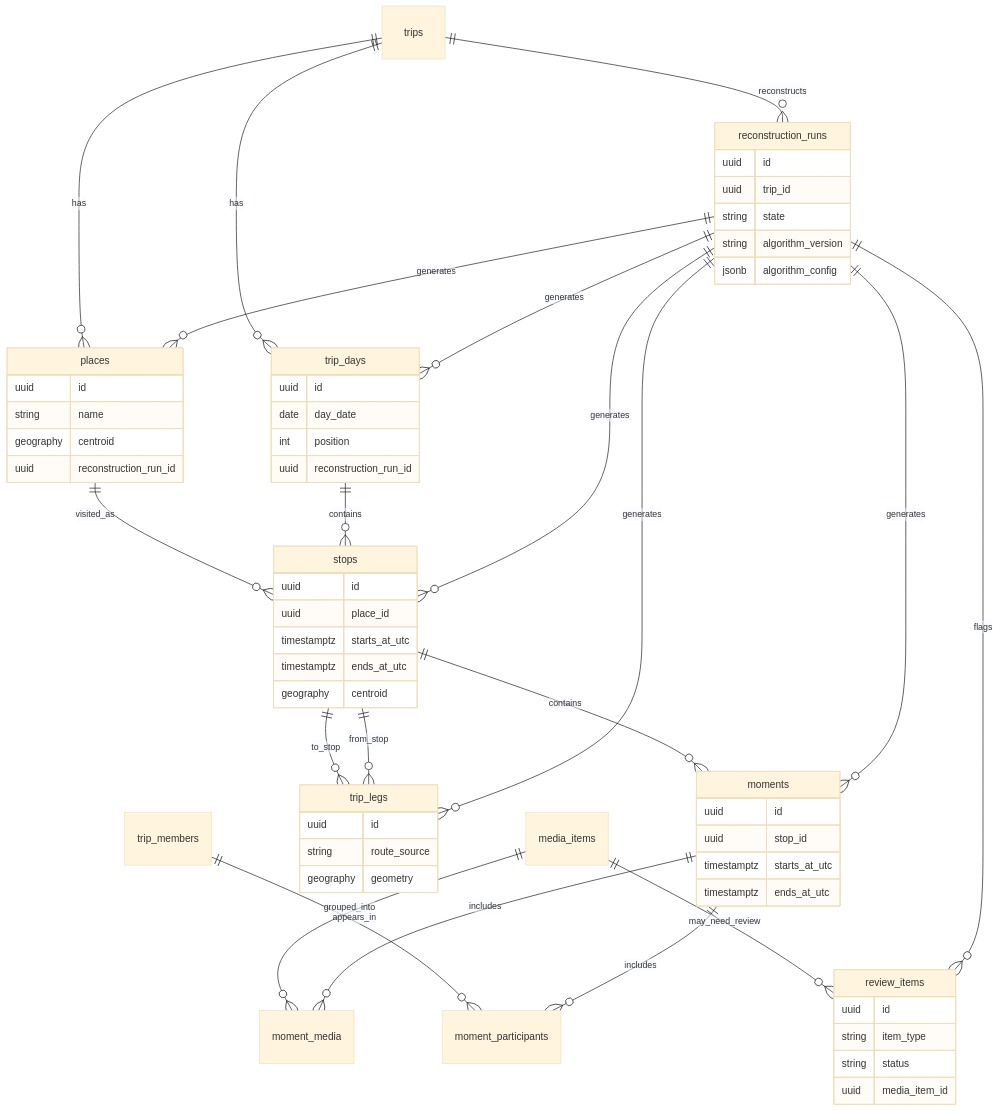
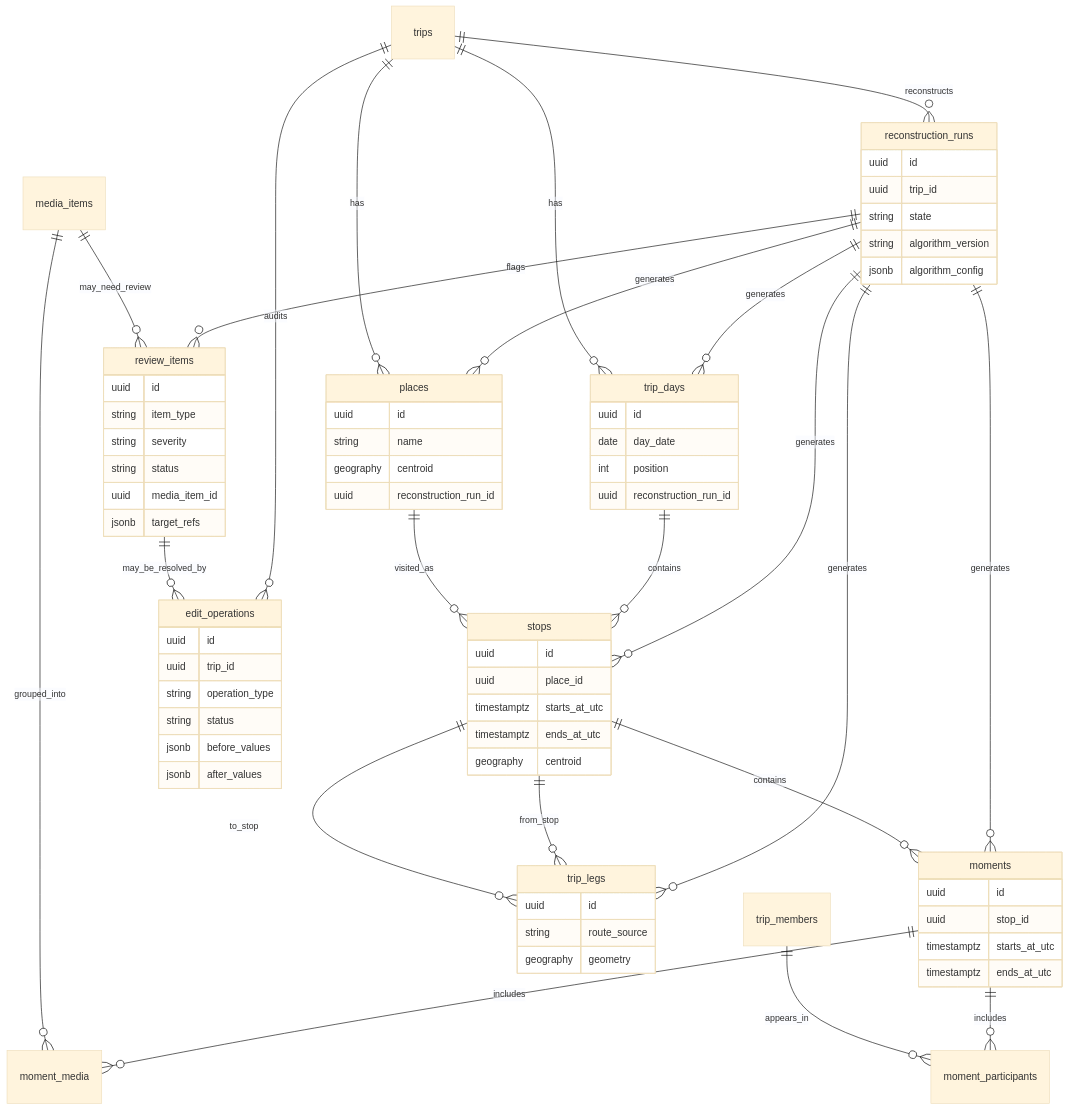
Before and after one commit to space-needle/TripWeave: the second of 2 diagrams in docs/domain-model.md, drawn with Mermaid (base theme). The commit also changed other lines of this file and 17 other files, not shown here.

````diff
--- a/docs/domain-model.md
+++ b/docs/domain-model.md
@@ -92,66 +92,78 @@
 ```mermaid
 erDiagram
     trips ||--o{ reconstruction_runs : reconstructs
     reconstruction_runs ||--o{ trip_days : generates
     reconstruction_runs ||--o{ places : generates
     reconstruction_runs ||--o{ stops : generates
     reconstruction_runs ||--o{ moments : generates
     reconstruction_runs ||--o{ trip_legs : generates
     reconstruction_runs ||--o{ review_items : flags
+    trips ||--o{ edit_operations : audits
     trips ||--o{ trip_days : has
     trips ||--o{ places : has
     trip_days ||--o{ stops : contains
     places ||--o{ stops : visited_as
     stops ||--o{ moments : contains
     moments ||--o{ moment_media : includes
     media_items ||--o{ moment_media : grouped_into
     moments ||--o{ moment_participants : includes
     trip_members ||--o{ moment_participants : appears_in
     stops ||--o{ trip_legs : from_stop
     stops ||--o{ trip_legs : to_stop
     media_items ||--o{ review_items : may_need_review
+    review_items ||--o{ edit_operations : may_be_resolved_by
 
     reconstruction_runs {
         uuid id
         uuid trip_id
         string state
         string algorithm_version
         jsonb algorithm_config
     }
     trip_days {
         uuid id
         date day_date
         int position
         uuid reconstruction_run_id
     }
     places {
         uuid id
         string name
         geography centroid
         uuid reconstruction_run_id
     }
     stops {
         uuid id
         uuid place_id
         timestamptz starts_at_utc
         timestamptz ends_at_utc
         geography centroid
     }
     moments {
         uuid id
         uuid stop_id
         timestamptz starts_at_utc
         timestamptz ends_at_utc
     }
     trip_legs {
         uuid id
         string route_source
         geography geometry
     }
     review_items {
         uuid id
         string item_type
+        string severity
         string status
         uuid media_item_id
+        jsonb target_refs
+    }
+    edit_operations {
+        uuid id
+        uuid trip_id
+        string operation_type
+        string status
+        jsonb before_values
+        jsonb after_values
     }
 ```
````
